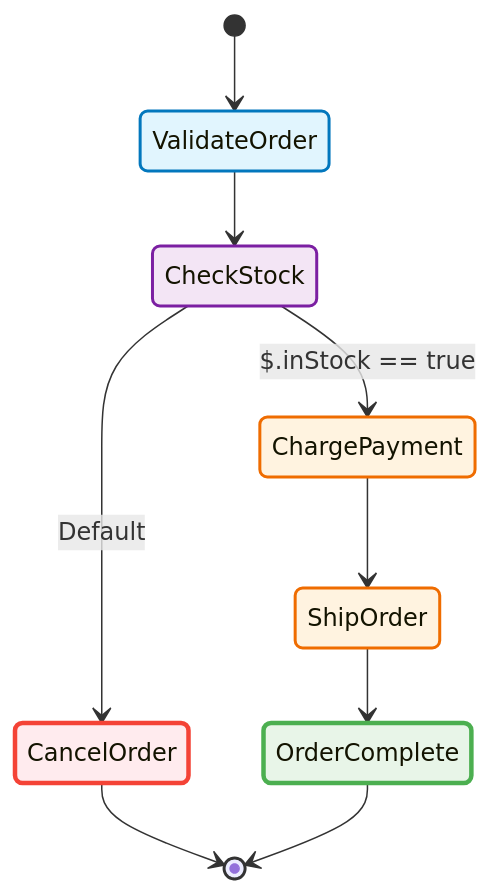
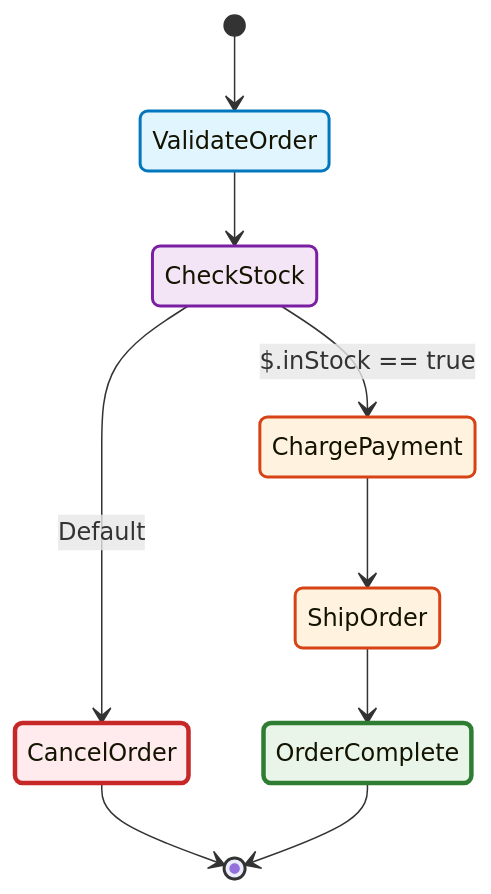
One commit to yusufaf/sfn-diagram changed the diagram in site/src/content/docs/introduction.md. Above: the diagram before and after it, drawn with Mermaid. The commit also changed 3 other files, not shown here.

First line of the commit message:
chore(mermaid): rebase color literals onto #211's theme changes

````diff
--- a/site/src/content/docs/introduction.md
+++ b/site/src/content/docs/introduction.md
@@ -51,30 +51,30 @@
 ```mermaid
 stateDiagram-v2
     direction TB
 
     [*] --> ValidateOrder
     ValidateOrder --> CheckStock
     CheckStock --> ChargePayment: $.inStock == true
     CheckStock --> CancelOrder: Default
     ChargePayment --> ShipOrder
     ShipOrder --> OrderComplete
 
     CancelOrder --> [*]
     OrderComplete --> [*]
 
-    classDef successState fill:#e8f5e8,stroke:#4caf50,stroke-width:3px
-    classDef failState fill:#ffebee,stroke:#f44336,stroke-width:3px
+    classDef successState fill:#e8f5e8,stroke:#2e7d32,stroke-width:3px
+    classDef failState fill:#ffebee,stroke:#c62828,stroke-width:3px
     classDef choiceState fill:#f3e5f5,stroke:#7b1fa2,stroke-width:2px
-    classDef taskState fill:#fff3e0,stroke:#ef6c00,stroke-width:2px
+    classDef taskState fill:#fff3e0,stroke:#d84315,stroke-width:2px
     classDef passState fill:#e1f5fe,stroke:#0277bd,stroke-width:2px
     classDef waitState fill:#e8f5e8,stroke:#388e3c,stroke-width:2px
     classDef parallelState fill:#fce4ec,stroke:#c2185b,stroke-width:2px
-    classDef mapState fill:#f1f8e9,stroke:#689f38,stroke-width:2px
+    classDef mapState fill:#f1f8e9,stroke:#558b2f,stroke-width:2px
 
     class ValidateOrder passState
     class CheckStock choiceState
     class ChargePayment taskState
     class ShipOrder taskState
     class CancelOrder failState
     class OrderComplete successState
 ```
````
